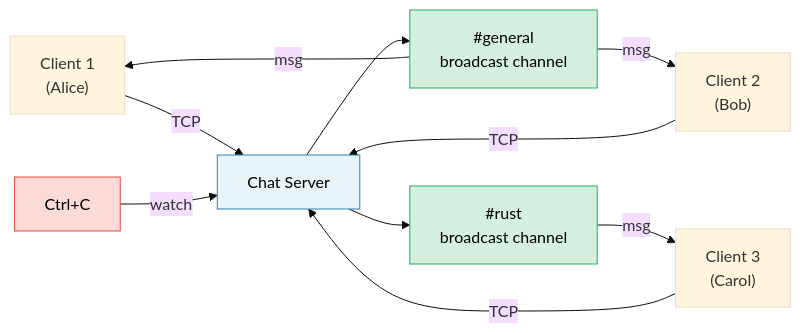
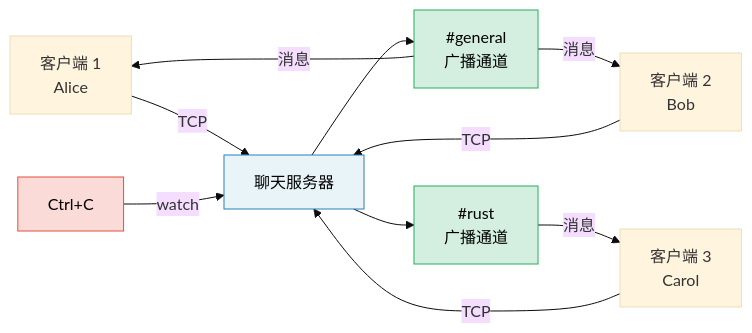
Before and after one commit to S-helios/RustTraining: the diagram in async-book-zh/src/ch17-capstone-project.md, drawn with Mermaid (base theme). The commit also changed 15 other files, not shown here.

Commit message:
fix(docs): render translated diagrams and support themes

````diff
--- a/async-book-zh/src/ch17-capstone-project.md
+++ b/async-book-zh/src/ch17-capstone-project.md
@@ -24,20 +24,20 @@
 ```mermaid
 graph LR
-    C1["Client 1<br/>(Alice)"] -->|TCP| SERVER["Chat Server"]
-    C2["Client 2<br/>(Bob)"] -->|TCP| SERVER
-    C3["Client 3<br/>(Carol)"] -->|TCP| SERVER
+    C1["客户端 1<br/>Alice"] -->|TCP| SERVER["聊天服务器"]
+    C2["客户端 2<br/>Bob"] -->|TCP| SERVER
+    C3["客户端 3<br/>Carol"] -->|TCP| SERVER
 
-    SERVER --> R1["#general<br/>broadcast channel"]
-    SERVER --> R2["#rust<br/>broadcast channel"]
+    SERVER --> R1["#general<br/>广播通道"]
+    SERVER --> R2["#rust<br/>广播通道"]
 
-    R1 -->|msg| C1
-    R1 -->|msg| C2
-    R2 -->|msg| C3
+    R1 -->|消息| C1
+    R1 -->|消息| C2
+    R2 -->|消息| C3
 
     CTRL["Ctrl+C"] -->|watch| SERVER
 
     style SERVER fill:#e8f4f8,stroke:#2980b9,color:#000
     style R1 fill:#d4efdf,stroke:#27ae60,color:#000
     style R2 fill:#d4efdf,stroke:#27ae60,color:#000
     style CTRL fill:#fadbd8,stroke:#e74c3c,color:#000
 ```
````
